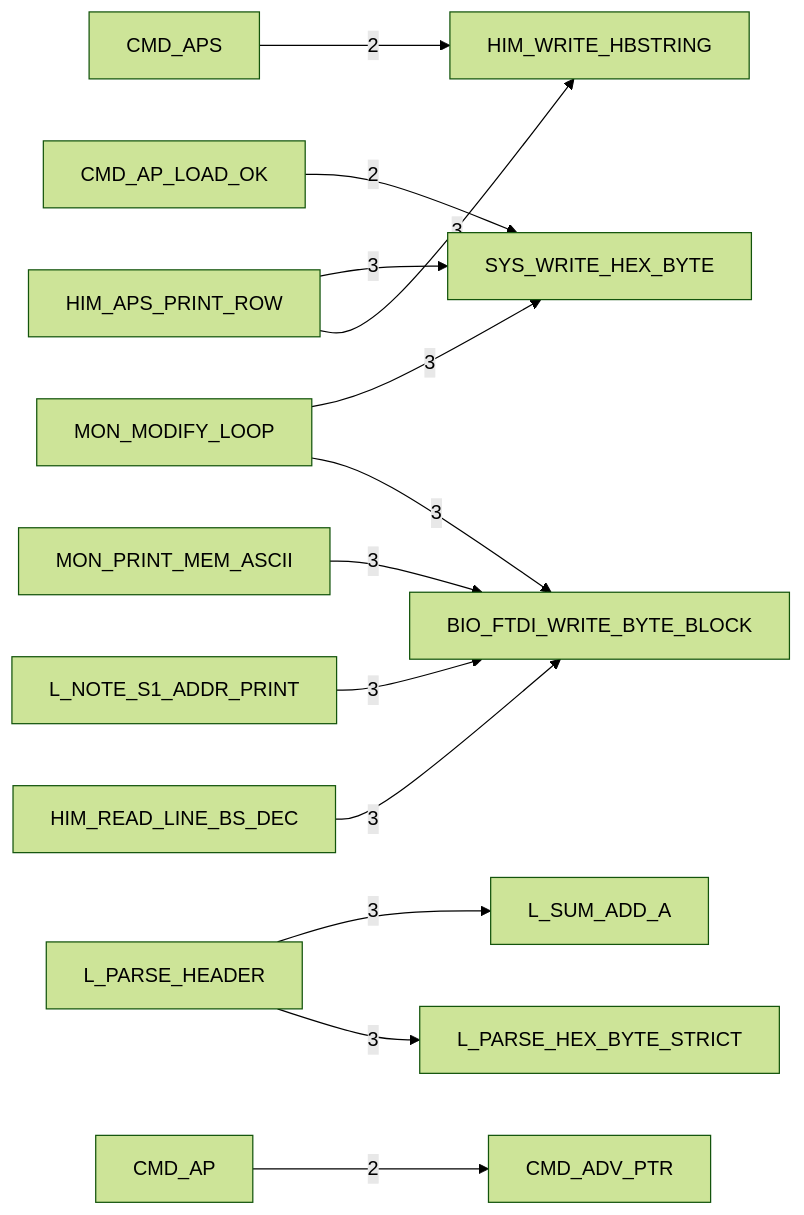
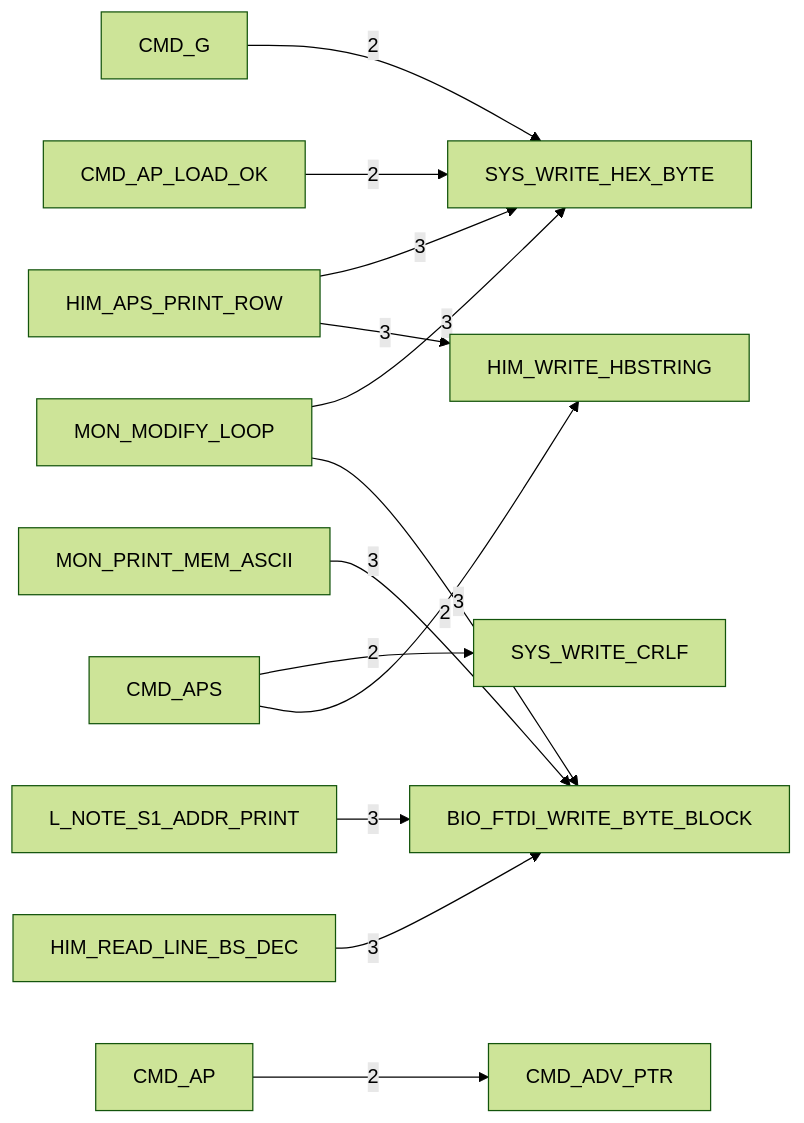
Before and after one commit to 95westus/R-YORS: the third of 6 diagrams in DOC/GENERATED/HIMON_ROUTINE_TREE.md, drawn with Mermaid (forest theme). The commit also changed other lines of this file and 94 other files, not shown here.

````diff
--- a/DOC/GENERATED/HIMON_ROUTINE_TREE.md
+++ b/DOC/GENERATED/HIMON_ROUTINE_TREE.md
@@ -44,15 +44,15 @@
 ```mermaid
 flowchart LR
     N_HIM_APS_PRINT_ROW[HIM_APS_PRINT_ROW] -->|3| N_HIM_WRITE_HBSTRING[HIM_WRITE_HBSTRING]
     N_HIM_APS_PRINT_ROW[HIM_APS_PRINT_ROW] -->|3| N_SYS_WRITE_HEX_BYTE[SYS_WRITE_HEX_BYTE]
     N_HIM_READ_LINE_BS_DEC[HIM_READ_LINE_BS_DEC] -->|3| N_BIO_FTDI_WRITE_BYTE_BLOCK[BIO_FTDI_WRITE_BYTE_BLOCK]
     N_L_NOTE_S1_ADDR_PRINT[L_NOTE_S1_ADDR_PRINT] -->|3| N_BIO_FTDI_WRITE_BYTE_BLOCK[BIO_FTDI_WRITE_BYTE_BLOCK]
-    N_L_PARSE_HEADER[L_PARSE_HEADER] -->|3| N_L_PARSE_HEX_BYTE_STRICT[L_PARSE_HEX_BYTE_STRICT]
-    N_L_PARSE_HEADER[L_PARSE_HEADER] -->|3| N_L_SUM_ADD_A[L_SUM_ADD_A]
     N_MON_MODIFY_LOOP[MON_MODIFY_LOOP] -->|3| N_BIO_FTDI_WRITE_BYTE_BLOCK[BIO_FTDI_WRITE_BYTE_BLOCK]
     N_MON_MODIFY_LOOP[MON_MODIFY_LOOP] -->|3| N_SYS_WRITE_HEX_BYTE[SYS_WRITE_HEX_BYTE]
     N_MON_PRINT_MEM_ASCII[MON_PRINT_MEM_ASCII] -->|3| N_BIO_FTDI_WRITE_BYTE_BLOCK[BIO_FTDI_WRITE_BYTE_BLOCK]
     N_CMD_AP[CMD_AP] -->|2| N_CMD_ADV_PTR[CMD_ADV_PTR]
     N_CMD_AP_LOAD_OK[CMD_AP_LOAD_OK] -->|2| N_SYS_WRITE_HEX_BYTE[SYS_WRITE_HEX_BYTE]
     N_CMD_APS[CMD_APS] -->|2| N_HIM_WRITE_HBSTRING[HIM_WRITE_HBSTRING]
+    N_CMD_APS[CMD_APS] -->|2| N_SYS_WRITE_CRLF[SYS_WRITE_CRLF]
+    N_CMD_G[CMD_G] -->|2| N_SYS_WRITE_HEX_BYTE[SYS_WRITE_HEX_BYTE]
 ```
````
